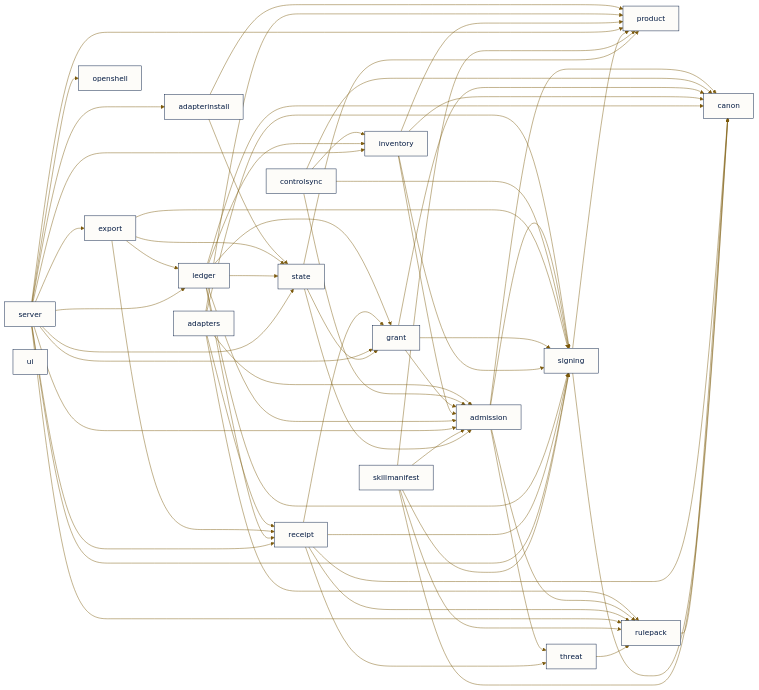
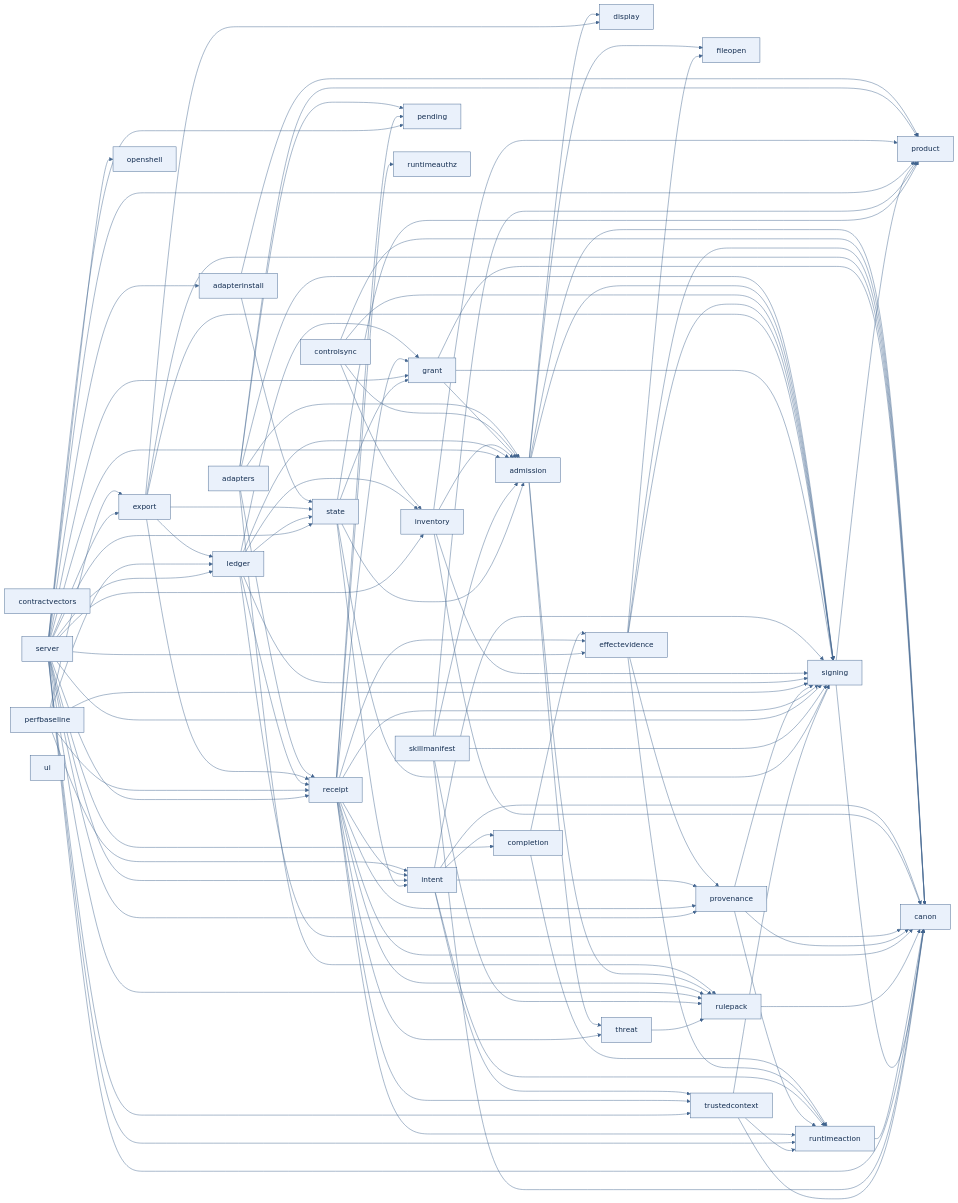
One commit to maoyadongsh/siq-agent-security changed the diagram in site/diagrams/packages.mmd. Above: the diagram before and after it, drawn with Mermaid. The commit also changed 16 other files, not shown here.

```diff
--- a/site/diagrams/packages.mmd
+++ b/site/diagrams/packages.mmd
@@ -1,91 +1,150 @@
 %%{init: {'theme': 'base', 'themeVariables': {
-  'primaryColor': '#fdfcf9',
-  'primaryTextColor': '#001840',
-  'primaryBorderColor': '#001840',
-  'lineColor': '#7c5a0c',
-  'secondaryColor': '#f3eee2',
-  'tertiaryColor': '#f7f4ee',
+  'primaryColor': '#eaf1fb',
+  'primaryTextColor': '#132d50',
+  'primaryBorderColor': '#43658f',
+  'lineColor': '#43658f',
+  'secondaryColor': '#f6f8fc',
+  'tertiaryColor': '#ffffff',
   'fontFamily': 'ui-sans-serif, system-ui, sans-serif'
 }}}%%
 flowchart LR
   adapterinstall["adapterinstall"]
   adapters["adapters"]
   admission["admission"]
   canon["canon"]
+  completion["completion"]
+  contractvectors["contractvectors"]
   controlsync["controlsync"]
+  display["display"]
+  effectevidence["effectevidence"]
   export["export"]
+  fileopen["fileopen"]
   grant["grant"]
+  intent["intent"]
   inventory["inventory"]
   ledger["ledger"]
   openshell["openshell"]
+  pending["pending"]
+  perfbaseline["perfbaseline"]
   product["product"]
+  provenance["provenance"]
   receipt["receipt"]
   rulepack["rulepack"]
+  runtimeaction["runtimeaction"]
+  runtimeauthz["runtimeauthz"]
   server["server"]
   signing["signing"]
   skillmanifest["skillmanifest"]
   state["state"]
   threat["threat"]
+  trustedcontext["trustedcontext"]
   ui["ui"]
   adapterinstall --> product
   adapterinstall --> state
   adapters --> admission
+  adapters --> pending
   adapters --> product
   adapters --> receipt
   adapters --> rulepack
   adapters --> signing
   admission --> canon
+  admission --> display
+  admission --> fileopen
   admission --> rulepack
   admission --> signing
   admission --> threat
+  completion --> effectevidence
+  completion --> runtimeaction
   controlsync --> admission
   controlsync --> canon
   controlsync --> inventory
   controlsync --> signing
+  effectevidence --> canon
+  effectevidence --> fileopen
+  effectevidence --> provenance
+  effectevidence --> runtimeaction
+  effectevidence --> signing
+  export --> canon
+  export --> display
   export --> ledger
   export --> receipt
   export --> signing
   export --> state
   grant --> admission
   grant --> canon
   grant --> signing
+  intent --> canon
+  intent --> completion
+  intent --> provenance
+  intent --> runtimeaction
+  intent --> signing
+  intent --> trustedcontext
   inventory --> admission
   inventory --> canon
   inventory --> product
   inventory --> signing
   ledger --> admission
   ledger --> canon
   ledger --> grant
   ledger --> inventory
   ledger --> receipt
   ledger --> signing
   ledger --> state
+  perfbaseline --> export
+  perfbaseline --> intent
+  perfbaseline --> ledger
+  perfbaseline --> receipt
+  perfbaseline --> signing
+  provenance --> canon
+  provenance --> runtimeaction
+  provenance --> signing
   receipt --> canon
+  receipt --> effectevidence
   receipt --> grant
+  receipt --> intent
+  receipt --> pending
+  receipt --> provenance
   receipt --> rulepack
+  receipt --> runtimeaction
+  receipt --> runtimeauthz
   receipt --> signing
   receipt --> threat
+  receipt --> trustedcontext
   rulepack --> canon
+  runtimeaction --> canon
   server --> adapterinstall
   server --> admission
+  server --> canon
+  server --> completion
+  server --> effectevidence
   server --> export
   server --> grant
+  server --> intent
   server --> inventory
   server --> ledger
   server --> openshell
+  server --> pending
   server --> product
+  server --> provenance
   server --> receipt
   server --> rulepack
+  server --> runtimeaction
   server --> signing
   server --> state
+  server --> trustedcontext
   signing --> canon
   signing --> product
   skillmanifest --> admission
   skillmanifest --> canon
   skillmanifest --> product
   skillmanifest --> rulepack
   skillmanifest --> signing
   state --> admission
   state --> grant
+  state --> intent
   state --> product
+  state --> signing
   threat --> rulepack
+  trustedcontext --> canon
+  trustedcontext --> runtimeaction
+  trustedcontext --> signing
```
